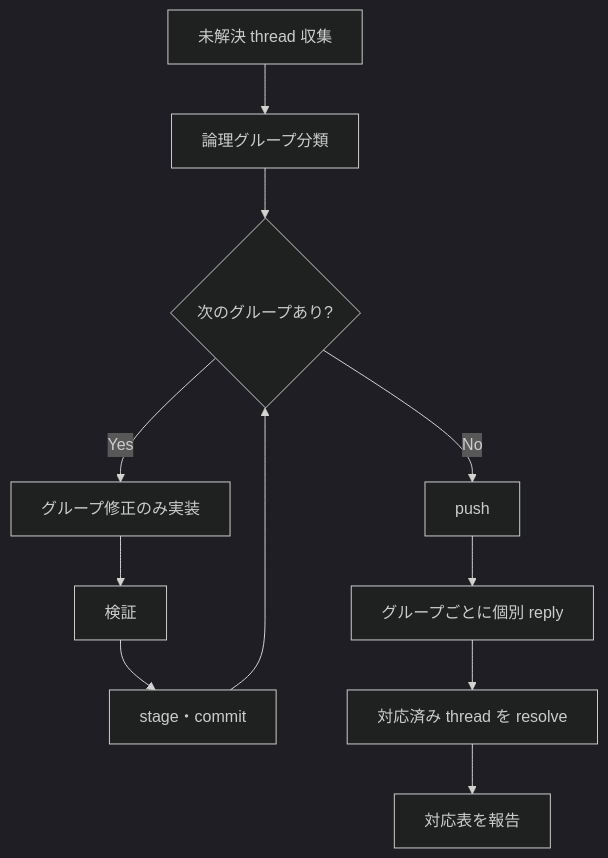
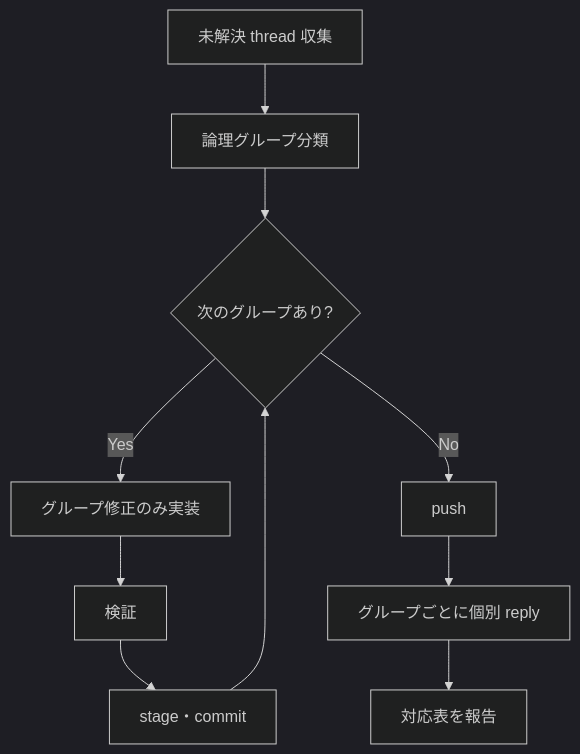
Before and after one commit to melumuccu/ai: the diagram in .agents/skills/kf-g-command-do-pr-rev-comment/references/group-commit-reply-sequence.md, drawn with Mermaid (dark theme). The commit also changed other lines of this file and 2 other files, not shown here.

First line of the commit message:
chore: skills_thread resolveをユーザー担当へ変更

````diff
--- a/.agents/skills/kf-g-command-do-pr-rev-comment/references/group-commit-reply-sequence.md
+++ b/.agents/skills/kf-g-command-do-pr-rev-comment/references/group-commit-reply-sequence.md
@@ -5,13 +5,12 @@
 ```mermaid
 flowchart TD
   A[未解決 thread 収集] --> B[論理グループ分類]
   B --> C{次のグループあり?}
   C -->|Yes| D[グループ修正のみ実装]
   D --> E[検証]
   E --> F[stage・commit]
   F --> C
   C -->|No| G[push]
   G --> H[グループごとに個別 reply]
-  H --> I[対応済み thread を resolve]
-  I --> J[対応表を報告]
+  H --> J[対応表を報告]
 ```
````
